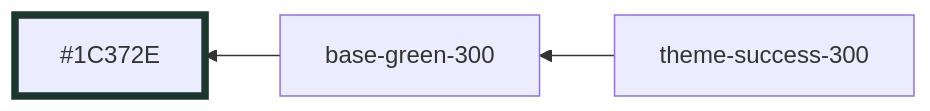
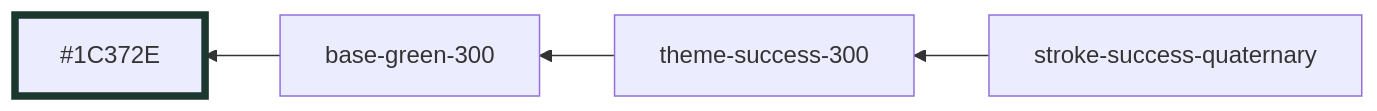
One commit to oxidecomputer/design-system changed the third of 51 diagrams in styles/dist/yellow.md. Above: the diagram before and after it, drawn with Mermaid. The commit also changed other lines of this file and 8 other files, not shown here.

````diff
--- a/styles/dist/yellow.md
+++ b/styles/dist/yellow.md
@@ -28,7 +28,8 @@
 ```mermaid
 graph RL
   base-green-300 --> #1C372E:::base-green-300
+  stroke-success-quaternary --> theme-success-300
   theme-success-300 --> base-green-300
 
 	classDef base-green-300 stroke-width:5,stroke:#1C372E
 ```
````
